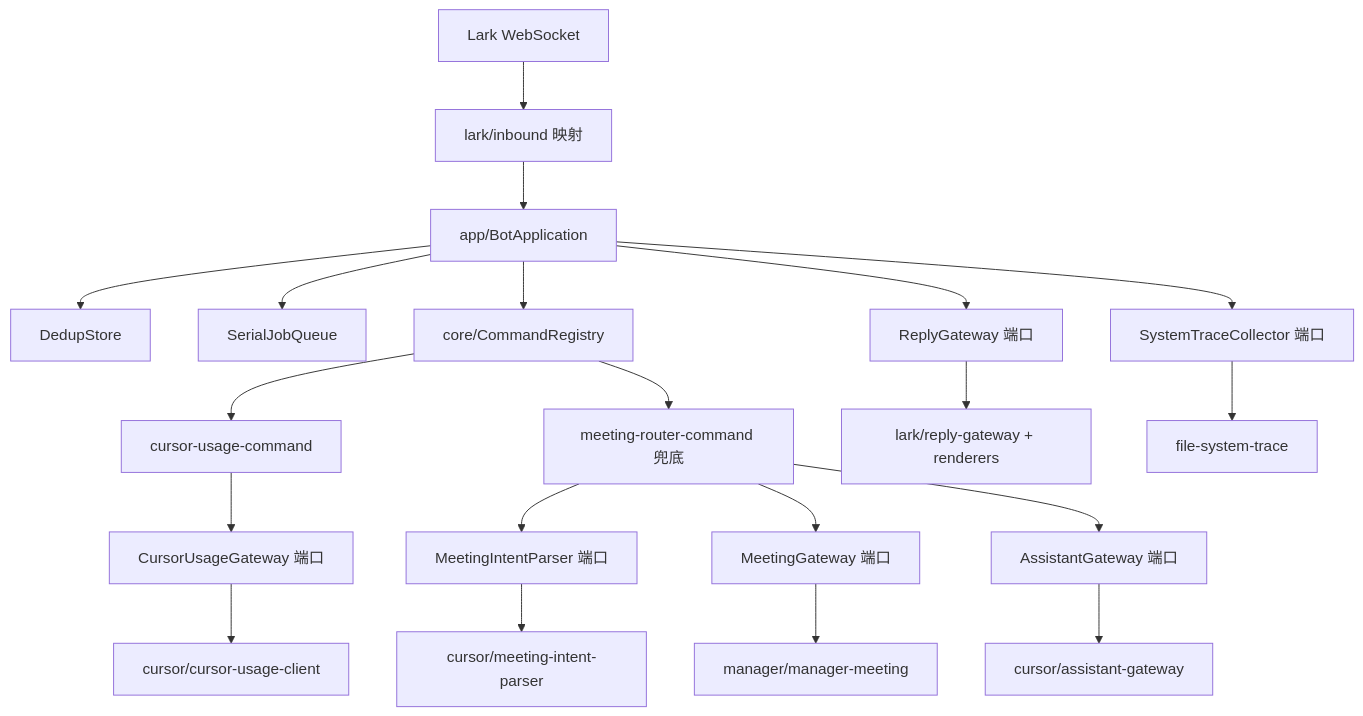
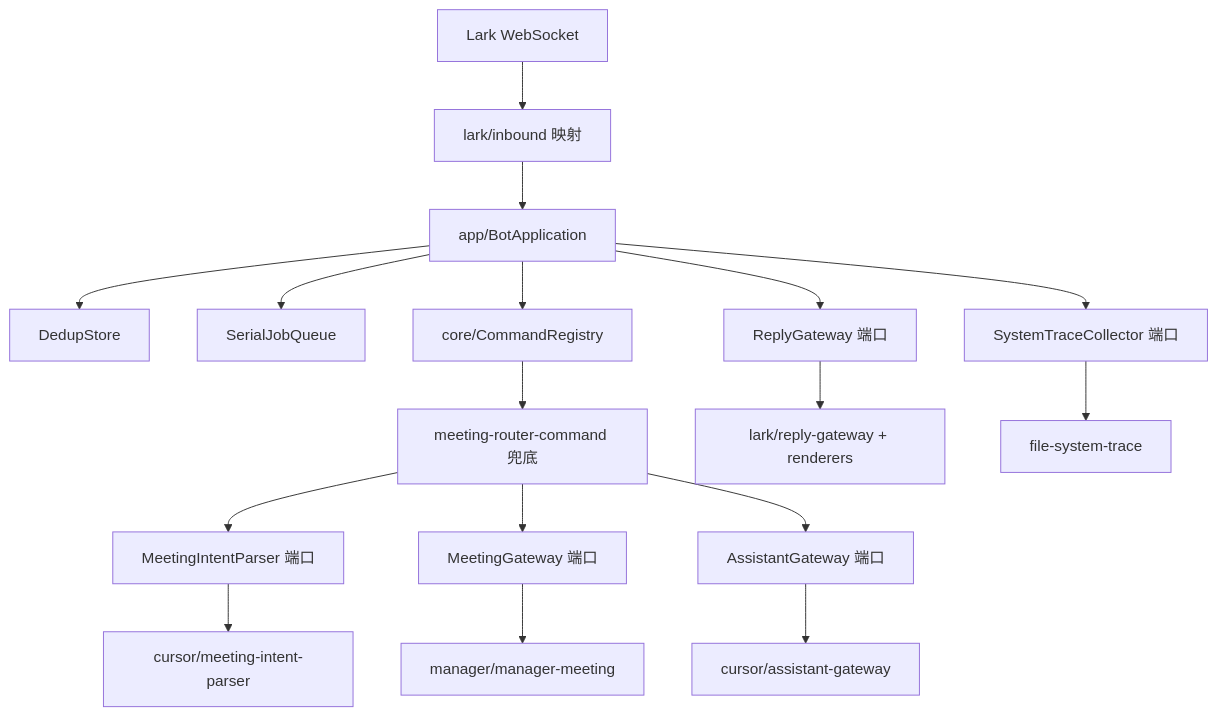
The second of 3 diagrams in docs/ARCHITECTURE.md (zreal-leo/feishu-cli), drawn with Mermaid before and after one commit. The commit also changed other lines of this file and 15 other files, not shown here.

Commit message:
Remove Cursor token usage command

````diff
--- a/docs/ARCHITECTURE.md
+++ b/docs/ARCHITECTURE.md
@@ -118,22 +114,19 @@
 ```mermaid
 flowchart TD
     LarkWS["Lark WebSocket"] --> Inbound["lark/inbound 映射"]
     Inbound --> BotApp["app/BotApplication"]
     BotApp --> Dedup["DedupStore"]
     BotApp --> Queue["SerialJobQueue"]
     BotApp --> Registry["core/CommandRegistry"]
-    Registry --> UsageCmd["cursor-usage-command"]
     Registry --> Router["meeting-router-command 兜底"]
     Router --> IntentPort["MeetingIntentParser 端口"]
     Router --> MeetingPort["MeetingGateway 端口"]
     Router --> AssistantPort["AssistantGateway 端口"]
-    UsageCmd --> UsagePort["CursorUsageGateway 端口"]
     IntentPort --> CursorIntent["cursor/meeting-intent-parser"]
     AssistantPort --> CursorAssistant["cursor/assistant-gateway"]
     MeetingPort --> Manager["manager/manager-meeting"]
-    UsagePort --> CursorUsage["cursor/cursor-usage-client"]
     BotApp --> ReplyPort["ReplyGateway 端口"]
     ReplyPort --> LarkReply["lark/reply-gateway + renderers"]
     BotApp --> TracePort["SystemTraceCollector 端口"]
     TracePort --> FileTrace["file-system-trace"]
 ```
````
